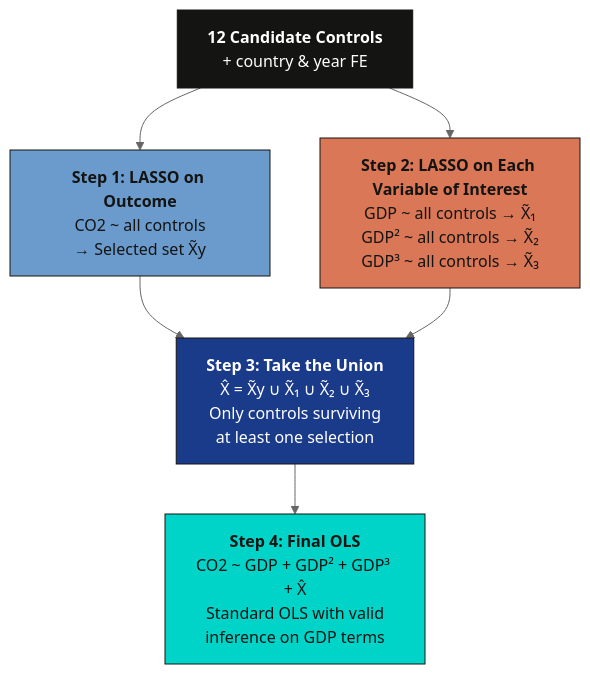
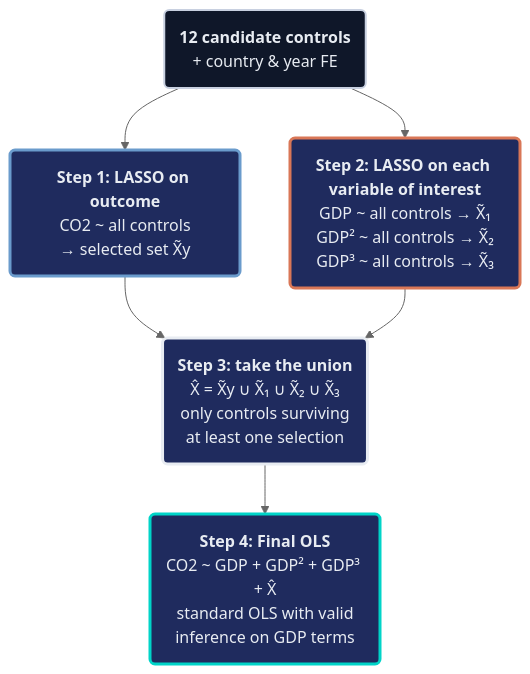
The fourth of 4 diagrams in content/post/stata_bma_dsl/index.md (cmg777/starter-academic-v501), drawn with Mermaid (neutral theme) before and after one commit. The commit also changed other lines of this file and 13 other files, not shown here.

First line of the commit message:
content(mermaid): restyle flowcharts in Stata posts, batch 1 of 2

````diff
--- a/content/post/stata_bma_dsl/index.md
+++ b/content/post/stata_bma_dsl/index.md
@@ -765,18 +772,22 @@
 ```mermaid
 graph TD
-    Controls["<b>12 Candidate Controls</b><br/>+ country & year FE"]
+    Controls("<b>12 candidate controls</b><br/>+ country & year FE")
 
-    Controls --> Step1["<b>Step 1: LASSO on Outcome</b><br/>CO2 ~ all controls<br/>→ Selected set X̃y"]
-    Controls --> Step2["<b>Step 2: LASSO on Each Variable of Interest</b><br/>GDP ~ all controls → X̃₁<br/>GDP² ~ all controls → X̃₂<br/>GDP³ ~ all controls → X̃₃"]
+    Controls --> Step1("<b>Step 1: LASSO on outcome</b><br/>CO2 ~ all controls<br/>→ selected set X̃y")
+    Controls --> Step2("<b>Step 2: LASSO on each variable of interest</b><br/>GDP ~ all controls → X̃₁<br/>GDP² ~ all controls → X̃₂<br/>GDP³ ~ all controls → X̃₃")
 
-    Step1 --> Union["<b>Step 3: Take the Union</b><br/>X̂ = X̃y ∪ X̃₁ ∪ X̃₂ ∪ X̃₃<br/>Only controls surviving<br/>at least one selection"]
+    Step1 --> Union("<b>Step 3: take the union</b><br/>X̂ = X̃y ∪ X̃₁ ∪ X̃₂ ∪ X̃₃<br/>only controls surviving<br/>at least one selection")
     Step2 --> Union
 
-    Union --> OLS["<b>Step 4: Final OLS</b><br/>CO2 ~ GDP + GDP² + GDP³ + X̂<br/>Standard OLS with valid<br/>inference on GDP terms"]
-
-    style Controls fill:#141413,stroke:#141413,color:#fff
-    style Step1 fill:#6a9bcc,stroke:#141413,color:#141413
-    style Step2 fill:#d97757,stroke:#141413,color:#141413
-    style Union fill:#1a3a8a,stroke:#141413,color:#fff
-    style OLS fill:#00d4c8,stroke:#141413,color:#141413
+    Union --> OLS("<b>Step 4: Final OLS</b><br/>CO2 ~ GDP + GDP² + GDP³ + X̂<br/>standard OLS with valid<br/>inference on GDP terms")
+    classDef anchor fill:#0f1729,stroke:#c8d0e0,stroke-width:2px,color:#e8ecf2
+    classDef blue fill:#1f2b5e,stroke:#6a9bcc,stroke-width:3px,color:#e8ecf2
+    classDef orange fill:#1f2b5e,stroke:#d97757,stroke-width:3px,color:#e8ecf2
+    classDef key fill:#1f2b5e,stroke:#e8ecf2,stroke-width:3px,color:#e8ecf2
+    classDef teal fill:#1f2b5e,stroke:#00d4c8,stroke-width:3px,color:#e8ecf2
+    class Controls anchor
+    class Step1 blue
+    class Step2 orange
+    class Union key
+    class OLS teal
 ```
````
